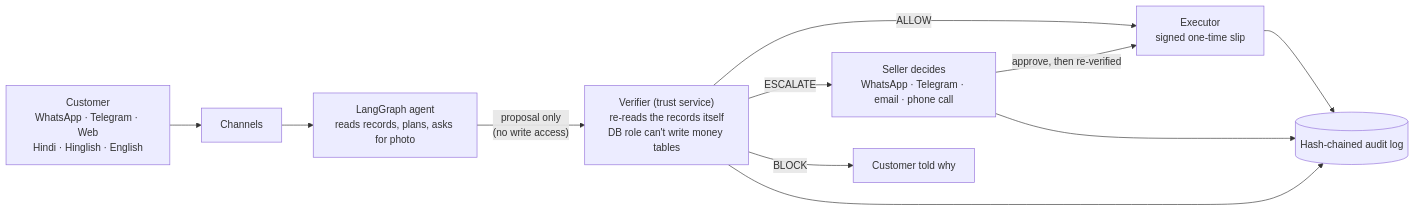
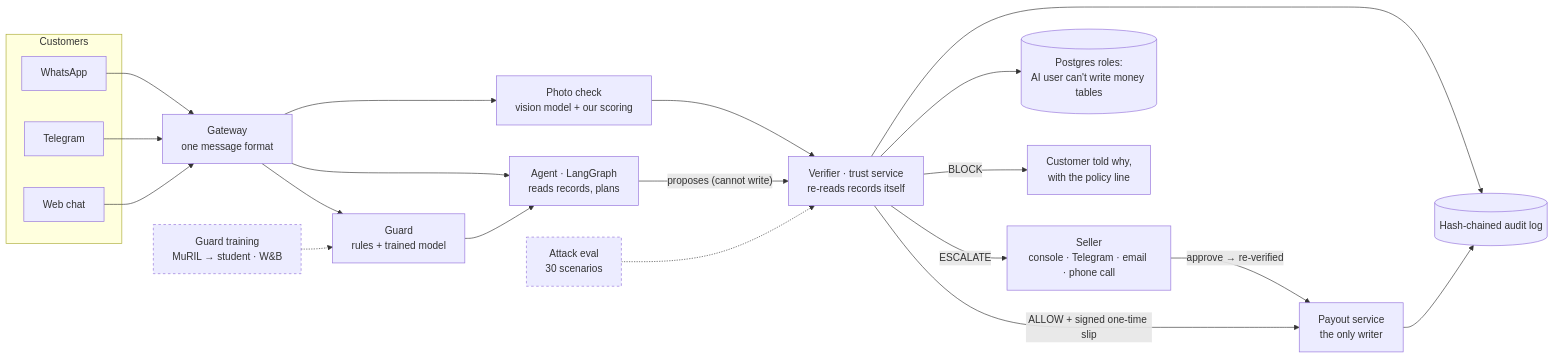
The diagram in README.md (Abhishek222983101/kavach-agentx), drawn with Mermaid before and after one commit. The commit also changed other lines of this file and 2 other files, not shown here.

Commit message:
README for judges: rubric-to-evidence map, 5-minute end-to-end test, architecture, measured results, ML guard; docs/RUBRIC-MAP.json; fix audit code path on How it works page

````diff
--- a/README.md
+++ b/README.md
@@ -34,13 +105,23 @@
 ```mermaid
 flowchart LR
-    C["Customer<br/>WhatsApp · Telegram · Web<br/>Hindi · Hinglish · English"] --> CH["Channels"]
-    CH --> AG["LangGraph agent<br/>reads records, plans, asks for photo"]
-    AG -->|"proposal only<br/>(no write access)"| V["Verifier (trust service)<br/>re-reads the records itself<br/>DB role can't write money tables"]
-    V -->|ALLOW| EX["Executor<br/>signed one-time slip"]
-    V -->|ESCALATE| S["Seller decides<br/>WhatsApp · Telegram · email · phone call"]
-    V -->|BLOCK| R["Customer told why"]
-    S -->|"approve, then re-verified"| EX
-    EX --> AU[("Hash-chained audit log")]
+    subgraph Customers
+      WA[WhatsApp] & TG[Telegram] & WEB[Web chat]
+    end
+    WA & TG & WEB --> GW[Gateway<br/>one message format]
+    GW --> GU[Guard<br/>rules + trained model]
+    GW --> AG[Agent · LangGraph<br/>reads records, plans]
+    GW --> PH[Photo check<br/>vision model + our scoring]
+    GU --> AG
+    AG -- "proposes (cannot write)" --> V[Verifier · trust service<br/>re-reads records itself]
+    PH --> V
+    V -- ALLOW + signed one-time slip --> PAY[Payout service<br/>the only writer]
+    V -- ESCALATE --> S[Seller<br/>console · Telegram · email · phone call]
+    S -- "approve → re-verified" --> PAY
+    V -- BLOCK --> R[Customer told why,<br/>with the policy line]
+    V --> DB[(Postgres roles:<br/>AI user can't write money tables)]
+    PAY --> AU[(Hash-chained audit log)]
     V --> AU
-    S --> AU
+    TR[Guard training<br/>MuRIL → student · W&B]:::off -.-> GU
+    EV[Attack eval<br/>30 scenarios]:::off -.-> V
+    classDef off stroke-dasharray: 4 4
 ```
````
